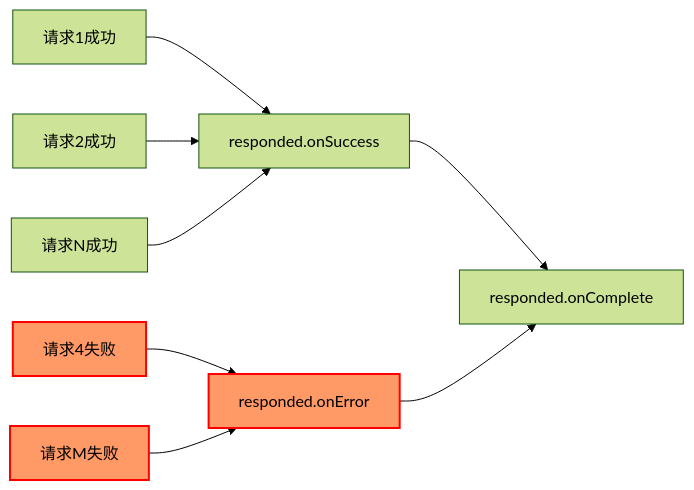
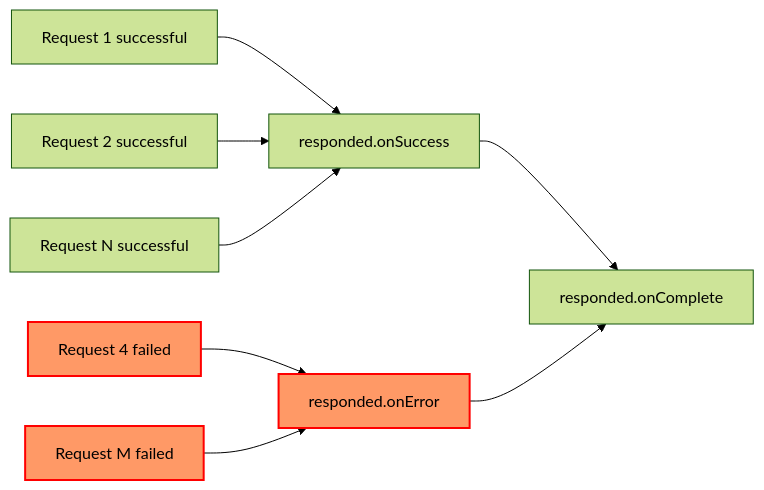
Before and after one commit to alovajs/alovajs.github.io: the second of 2 diagrams in docs/tutorial/02-getting-started/05-global-interceptor.md, drawn with Mermaid (forest theme). The commit also changed other lines of this file and 128 other files, not shown here.

````diff
--- a/docs/tutorial/02-getting-started/05-global-interceptor.md
+++ b/docs/tutorial/02-getting-started/05-global-interceptor.md
@@ -54,12 +54,12 @@
 ```mermaid
 flowchart LR
-  classDef error fill:#f96,stroke:#f00,stroke-width:2px;
+   classDef error fill:#f96,stroke:#f00,stroke-width:2px;
 
-  R1[请求1成功] --> responded.onSuccess
-  R2[请求2成功] --> responded.onSuccess
-  RN[请求N成功] --> responded.onSuccess
-  R4[请求4失败]:::error --> responded.onError:::error
-  R5[请求M失败]:::error --> responded.onError:::error
-  responded.onSuccess --> responded.onComplete
-  responded.onError --> responded.onComplete
+   R1[Request 1 successful] --> responded.onSuccess
+   R2[Request 2 successful] --> responded.onSuccess
+   RN[Request N successful] --> responded.onSuccess
+   R4[Request 4 failed]:::error --> responded.onError:::error
+   R5[Request M failed]:::error --> responded.onError:::error
+   responded.onSuccess --> responded.onComplete
+   responded.onError --> responded.onComplete
 ```
````
